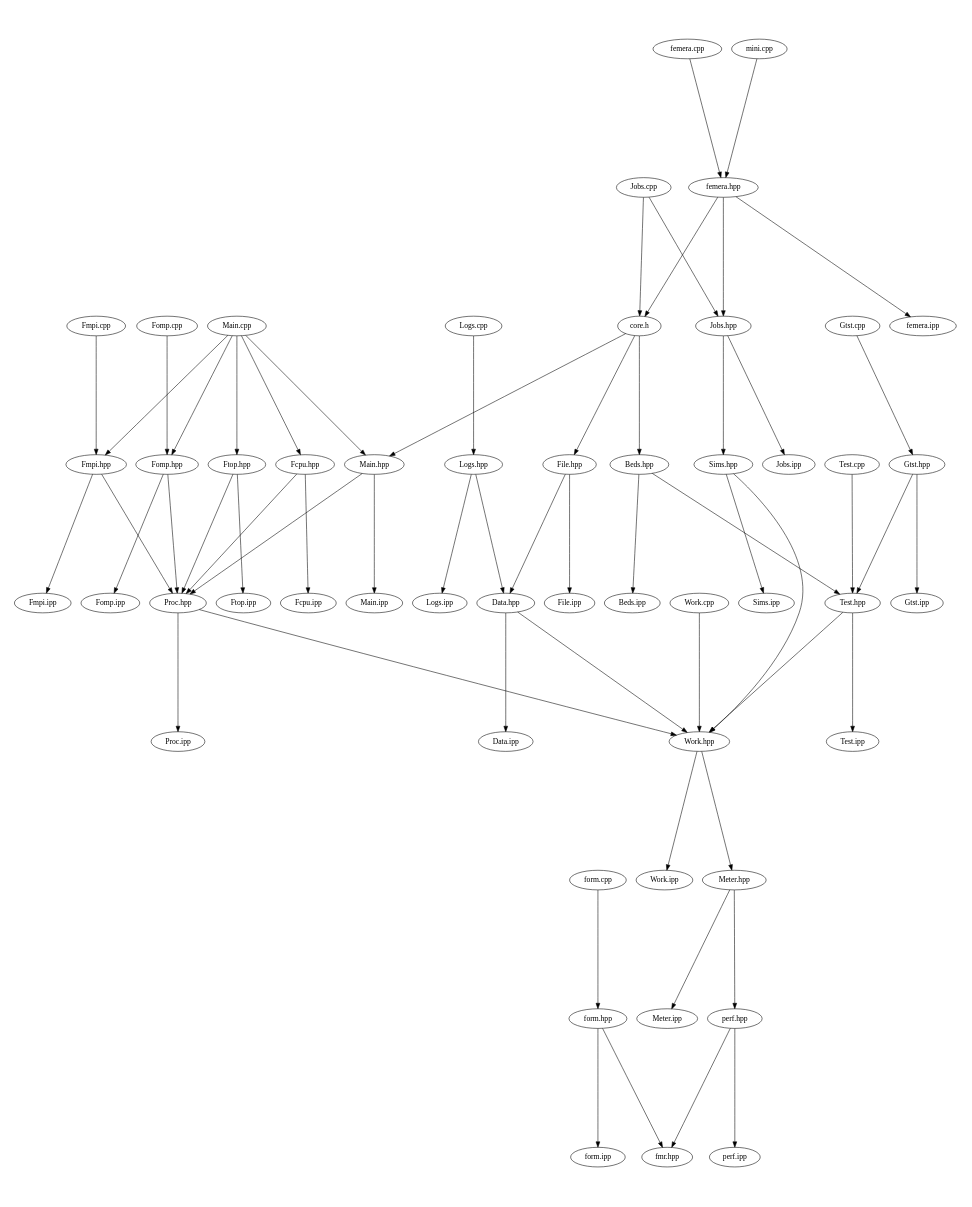
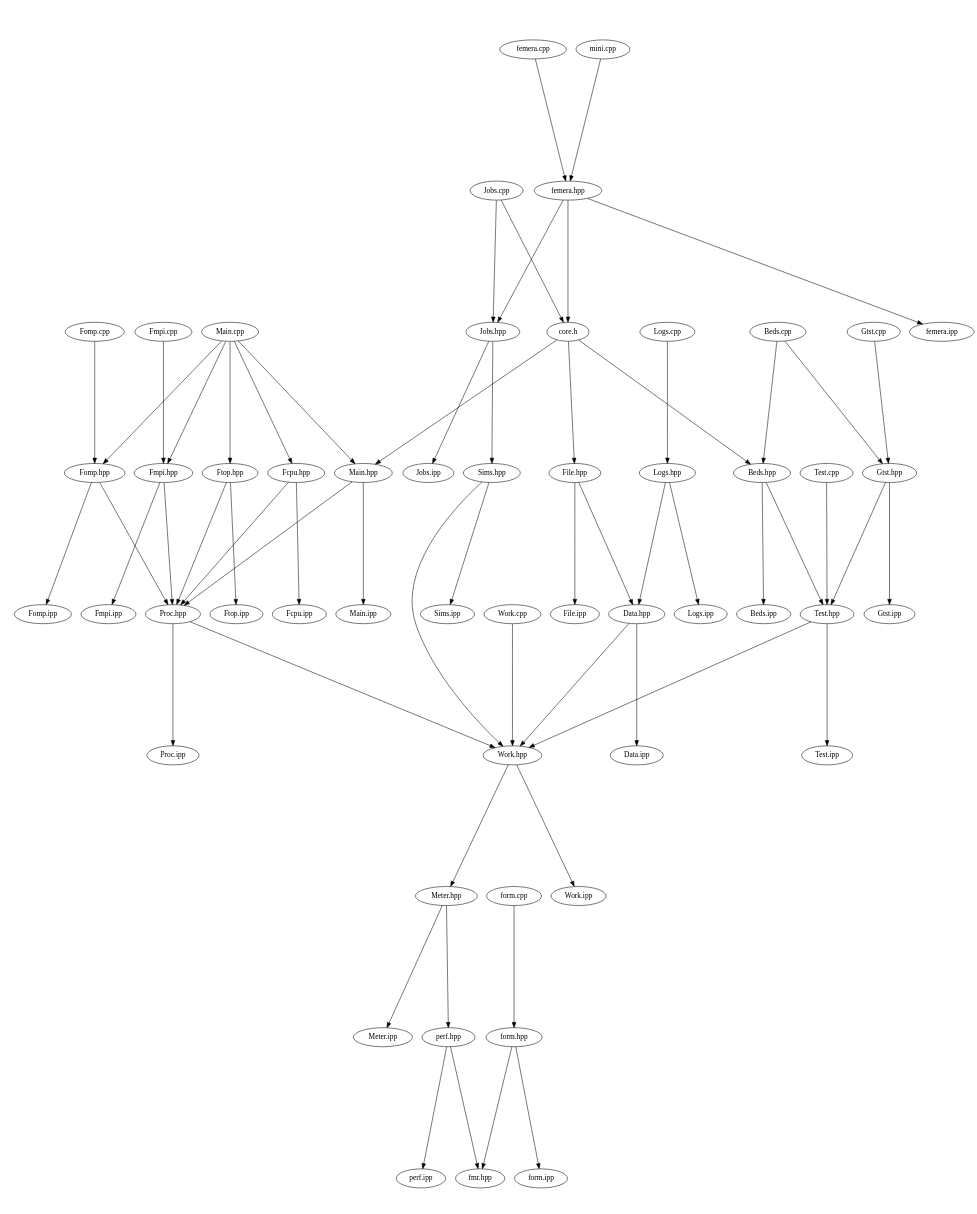
Before and after one commit to waggyz/femera-mini-app: the diagram in src/docs/src-notest.dot, drawn with Graphviz. The commit also changed 8 other files, not shown here.

```diff
--- a/src/docs/src-notest.dot
+++ b/src/docs/src-notest.dot
@@ -1,66 +1,68 @@
 digraph "source tree" {
     overlap=scale;
     size="8,10";
     ratio="fill";
     fontsize="16";
     fontname="Helvetica";
 	clusterrank="local";
 	"femera.hpp" -> "Jobs.hpp"
 	"Meter.hpp" -> "perf.hpp"
 	"Main.cpp" -> "Fomp.hpp"
 	"Sims.hpp" -> "Work.hpp"
 	"femera.cpp" -> "femera.hpp"
 	"Fmpi.hpp" -> "Fmpi.ipp"
 	"Sims.hpp" -> "Sims.ipp"
 	"Jobs.hpp" -> "Jobs.ipp"
 	"Fomp.cpp" -> "Fomp.hpp"
 	"Logs.cpp" -> "Logs.hpp"
 	"Main.cpp" -> "Main.hpp"
 	"Proc.hpp" -> "Proc.ipp"
+	"Beds.cpp" -> "Gtst.hpp"
 	"Main.cpp" -> "Fmpi.hpp"
 	"core.h" -> "Main.hpp"
 	"Main.cpp" -> "Fcpu.hpp"
 	"Ftop.hpp" -> "Ftop.ipp"
 	"perf.hpp" -> "fmr.hpp"
 	"Data.hpp" -> "Data.ipp"
 	"Work.hpp" -> "Work.ipp"
 	"Main.cpp" -> "Ftop.hpp"
 	"Fmpi.hpp" -> "Proc.hpp"
 	"Test.hpp" -> "Work.hpp"
 	"form.hpp" -> "form.ipp"
 	"Gtst.cpp" -> "Gtst.hpp"
 	"femera.hpp" -> "femera.ipp"
 	"Fcpu.hpp" -> "Proc.hpp"
 	"Fomp.hpp" -> "Proc.hpp"
 	"File.hpp" -> "File.ipp"
 	"Meter.hpp" -> "Meter.ipp"
 	"core.h" -> "File.hpp"
 	"Fomp.hpp" -> "Fomp.ipp"
 	"Logs.hpp" -> "Data.hpp"
 	"Gtst.hpp" -> "Gtst.ipp"
 	"form.cpp" -> "form.hpp"
 	"perf.hpp" -> "perf.ipp"
 	"Fmpi.cpp" -> "Fmpi.hpp"
 	"core.h" -> "Beds.hpp"
 	"Fcpu.hpp" -> "Fcpu.ipp"
 	"Work.cpp" -> "Work.hpp"
 	"Main.hpp" -> "Main.ipp"
 	"Test.cpp" -> "Test.hpp"
+	"Beds.cpp" -> "Beds.hpp"
 	"Jobs.hpp" -> "Sims.hpp"
 	"Jobs.cpp" -> "Jobs.hpp"
 	"Logs.hpp" -> "Logs.ipp"
 	"Ftop.hpp" -> "Proc.hpp"
 	"File.hpp" -> "Data.hpp"
 	"mini.cpp" -> "femera.hpp"
 	"Beds.hpp" -> "Test.hpp"
 	"Proc.hpp" -> "Work.hpp"
 	"form.hpp" -> "fmr.hpp"
 	"Gtst.hpp" -> "Test.hpp"
 	"Data.hpp" -> "Work.hpp"
 	"Beds.hpp" -> "Beds.ipp"
 	"femera.hpp" -> "core.h"
 	"Jobs.cpp" -> "core.h"
 	"Work.hpp" -> "Meter.hpp"
 	"Main.hpp" -> "Proc.hpp"
 	"Test.hpp" -> "Test.ipp"
 }
```
